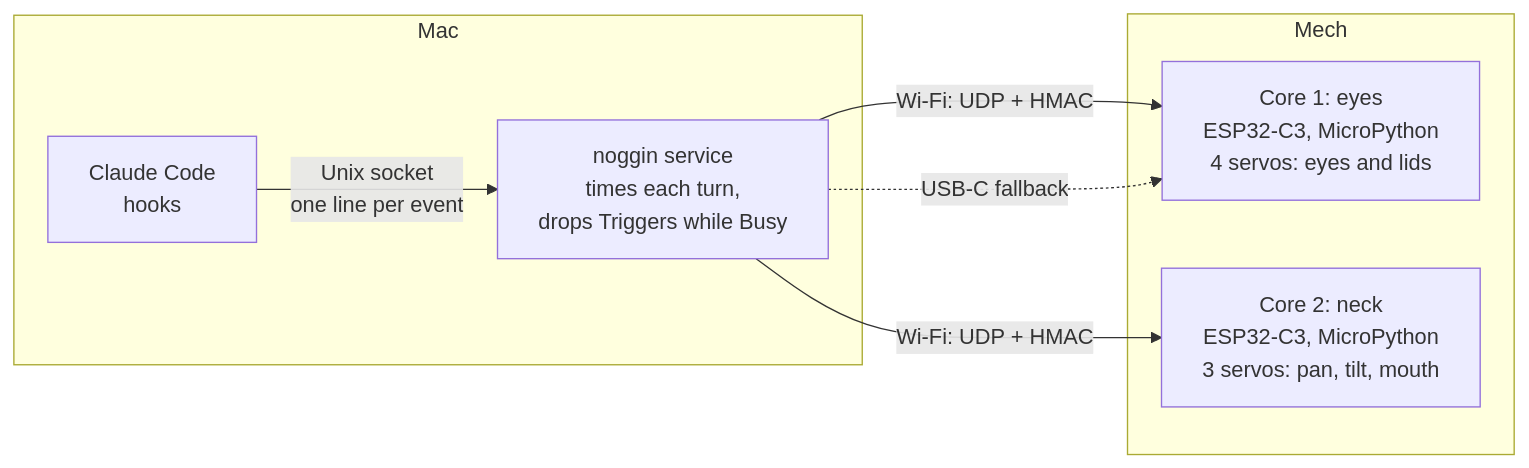
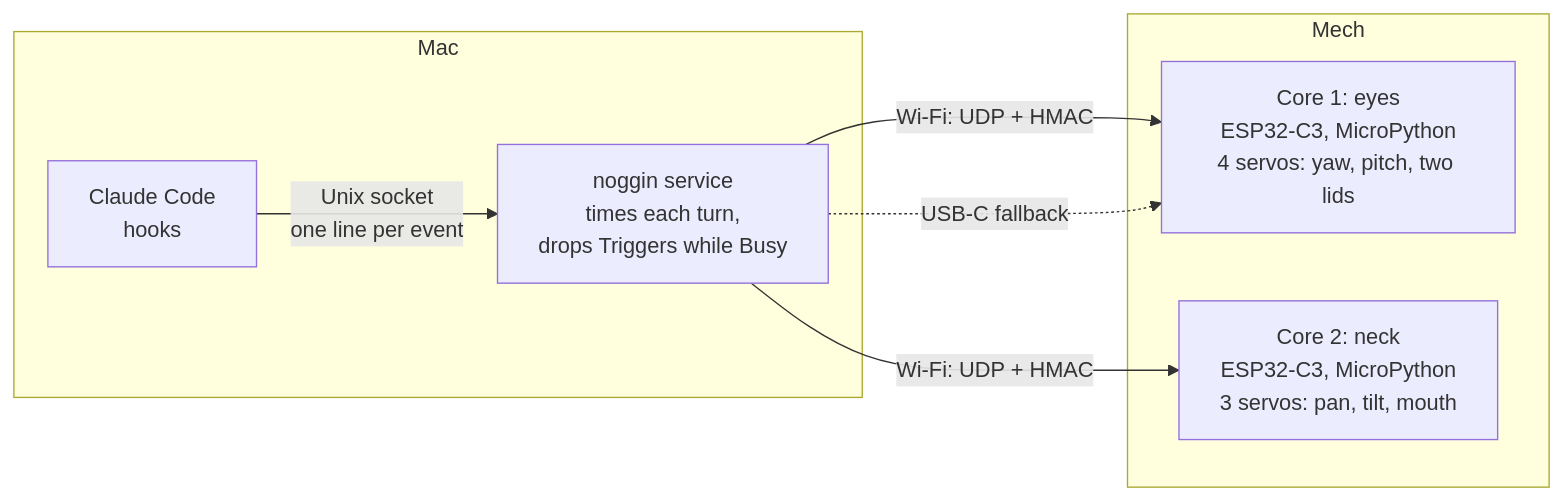
One commit to yellow-pine/noggin changed the first of 4 diagrams in docs/how-it-works.md. Above: the diagram before and after it, drawn with Mermaid. The commit also changed other lines of this file and 20 other files, not shown here.

````diff
--- a/docs/how-it-works.md
+++ b/docs/how-it-works.md
@@ -8,20 +8,20 @@
 ```mermaid
 ---
 config:
   layout: dagre
   look: classic
 ---
 flowchart LR
     accTitle: How noggin works
-    accDescr: On the Mac, Claude Code's hooks write one line per event to a Unix socket; the noggin service times each turn and sends a command over Wi-Fi, as UDP datagrams signed with HMAC, to the Mech's two Cores. Core 1 drives the eyes' 4 servos, Core 2 the neck's 3. USB-C is a fallback to the eyes Core only.
+    accDescr: On the Mac, Claude Code's hooks write one line per event to a Unix socket; the noggin service times each turn and sends a command over Wi-Fi, as UDP datagrams signed with HMAC, to the Mech's two Cores. Core 1 drives the eye gimbal's 4 servos (yaw, pitch and a lid servo per eye), Core 2 the neck's 3. USB-C is a fallback to the eyes Core only.
     subgraph Mac
         CC["Claude Code<br/>hooks"] -- "Unix socket<br/>one line per event" --> NS["noggin service<br/>times each turn,<br/>drops Triggers while Busy"]
     end
     subgraph Mech
-        C1["Core 1: eyes<br/>ESP32-C3, MicroPython<br/>4 servos: eyes and lids"]
+        C1["Core 1: eyes<br/>ESP32-C3, MicroPython<br/>4 servos: yaw, pitch, two lids"]
         C2["Core 2: neck<br/>ESP32-C3, MicroPython<br/>3 servos: pan, tilt, mouth"]
     end
     NS -- "Wi-Fi: UDP + HMAC" --> C1
     NS -- "Wi-Fi: UDP + HMAC" --> C2
     NS -. "USB-C fallback" .-> C1
 ```
````
